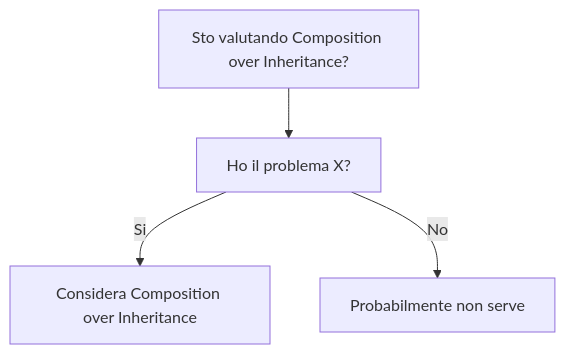
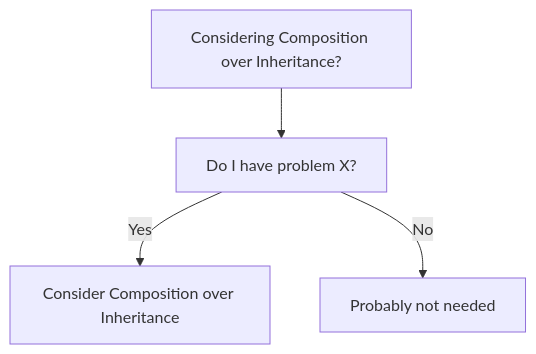
One commit to HxT9/Software-Dev-Wiki changed the diagram in dev-wiki/01_Foundations/Composition_over_Inheritance/When_To_Use.md. Above: the diagram before and after it, drawn with Mermaid. The commit also changed other lines of this file and 3444 other files, not shown here.

````diff
--- a/dev-wiki/01_Foundations/Composition_over_Inheritance/When_To_Use.md
+++ b/dev-wiki/01_Foundations/Composition_over_Inheritance/When_To_Use.md
@@ -19,6 +19,6 @@
 ```mermaid
 flowchart TD
-  Q[Sto valutando Composition over Inheritance?] --> Q1[Ho il problema X?]
-  Q1 -->|Si| OK[Considera Composition over Inheritance]
-  Q1 -->|No| NO[Probabilmente non serve]
+  Q[Considering Composition over Inheritance?] --> Q1[Do I have problem X?]
+  Q1 -->|Yes| OK[Consider Composition over Inheritance]
+  Q1 -->|No| NO[Probably not needed]
 ```
````
